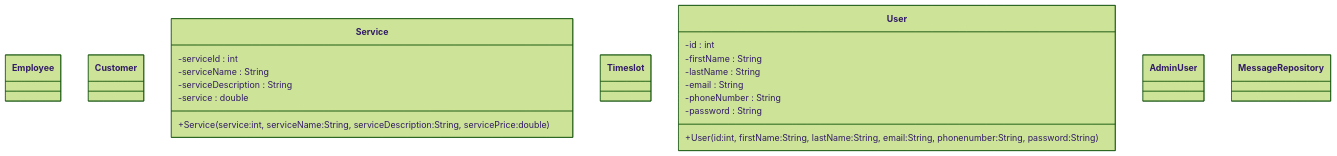
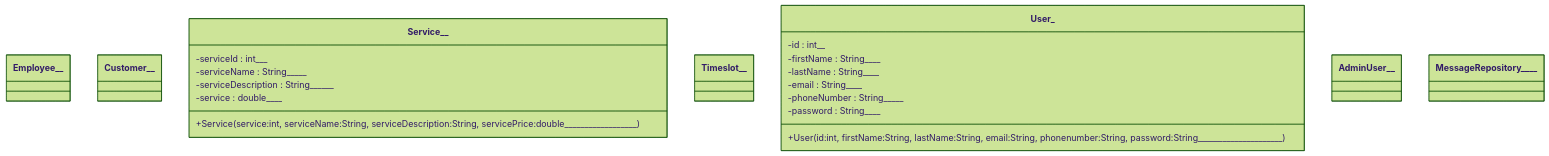
The diagram in Diagram/Overall/Class.md (ZnowBaka/Haarmoni-ka), drawn with Mermaid (forest theme) before and after one commit. The commit also changed 2 other files, not shown here.

Commit message:
Diagrams
Diagrams cleaned up and package diagram now stacks

````diff
--- a/Diagram/Overall/Class.md
+++ b/Diagram/Overall/Class.md
@@ -4,38 +4,38 @@
 ```mermaid
     classDiagram
         
-        class Employee{
+        class Employee__{
             
         }
-        class Customer{
+        class Customer__{
             
         }
-        class Service{
-            -serviceId : int
-            -serviceName : String
-            -serviceDescription : String
-            -service : double
-            +Service(service:int, serviceName:String, serviceDescription:String, servicePrice:double)
+        class Service__{
+            -serviceId : int___
+            -serviceName : String_____
+            -serviceDescription : String______
+            -service : double____
+            +Service(service:int, serviceName:String, serviceDescription:String, servicePrice:double__________________)
         }
-        class Timeslot{
+        class Timeslot__{
             
         }
-        class User{
-            -id : int
-            -firstName : String
-            -lastName : String
-            -email : String
-            -phoneNumber : String
-            -password : String
-            +User(id:int, firstName:String, lastName:String, email:String, phonenumber:String, password:String)
+        class User_{
+            -id : int__
+            -firstName : String____
+            -lastName : String____
+            -email : String____
+            -phoneNumber : String_____
+            -password : String____
+            +User(id:int, firstName:String, lastName:String, email:String, phonenumber:String, password:String_____________________)
             
         }
-        class AdminUser{
+        class AdminUser__{
             
         }
-        class MessageRepository{
+        class MessageRepository____{
             
         }
         
 
 ```
````
